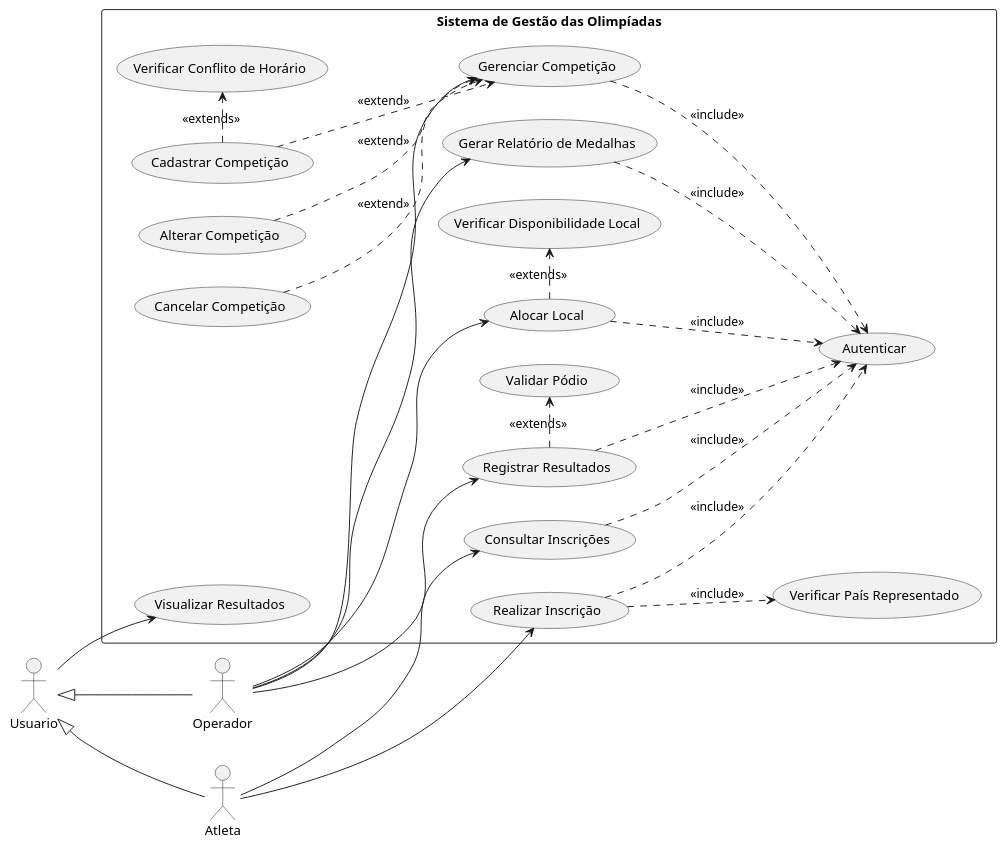
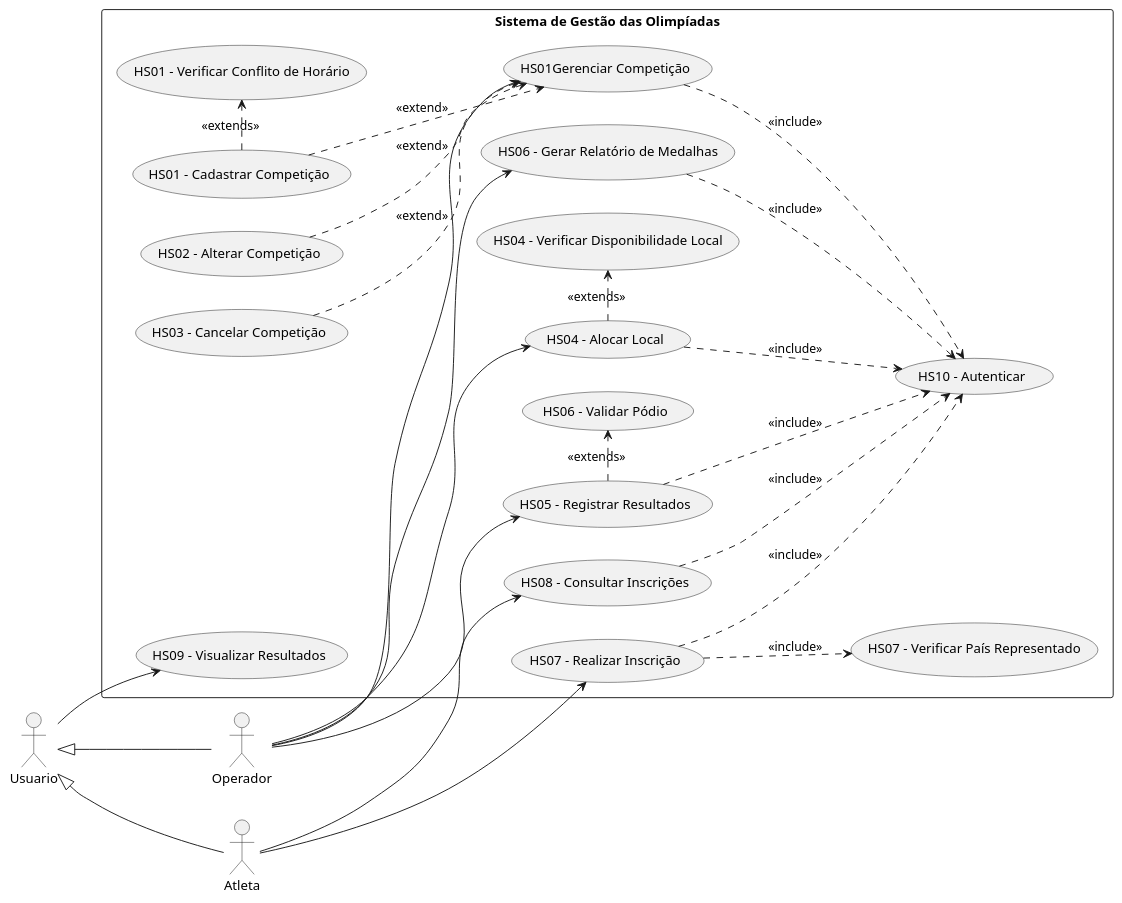
The diagram in Codigo/diagrama-de-caso-de-uso.puml (karenjoilly11/Gestao-De-Olimpiadas-Projeto-De-Software), drawn with PlantUML before and after one commit.

```diff
--- a/Codigo/diagrama-de-caso-de-uso.puml
+++ b/Codigo/diagrama-de-caso-de-uso.puml
@@ -1,61 +1,61 @@
 @startuml
 left to right direction
 skinparam packageStyle rectangle
 
 actor "Operador" as Op
 actor "Atleta" as At
 actor "Usuario" as User
 
 ' Herança entre atores
 User <|-- Op
 User <|-- At
 
 rectangle "Sistema de Gestão das Olimpíadas" {
   
-  usecase "Autenticar" as AUTH
+  usecase "HS10 - Autenticar" as AUTH
   
-  usecase "Gerenciar Competição" as GC
-  usecase "Cadastrar Competição" as C
-  usecase "Alterar Competição" as A
-  usecase "Cancelar Competição" as Can
+  usecase "HS01Gerenciar Competição" as GC
+  usecase "HS01 - Cadastrar Competição" as C
+  usecase "HS02 - Alterar Competição" as A
+  usecase "HS03 - Cancelar Competição" as Can
   
-  usecase "Alocar Local" as AL
-  usecase "Registrar Resultados" as RR
-  usecase "Gerar Relatório de Medalhas" as GRM
+  usecase "HS04 - Alocar Local" as AL
+  usecase "HS05 - Registrar Resultados" as RR
+  usecase "HS06 - Gerar Relatório de Medalhas" as GRM
   
-  usecase "Realizar Inscrição" as RI
-  usecase "Consultar Inscrições" as CI
-  usecase "Visualizar Resultados" as VR
+  usecase "HS07 - Realizar Inscrição" as RI
+  usecase "HS08 - Consultar Inscrições" as CI
+  usecase "HS09 - Visualizar Resultados" as VR
   
   ' Relações
   Op --> GC
   Op --> AL
   Op --> RR
   Op --> GRM
   
   At --> RI
   At --> CI
   
   User --> VR
   
   ' Extends de Gerenciar Competicao (CRUD)
   C ..> GC : <<extend>>
   A ..> GC : <<extend>>
   Can ..> GC : <<extend>>
   
   ' Include de autenticação
   GC ..> AUTH : <<include>>
   AL ..> AUTH : <<include>>
   RR ..> AUTH : <<include>>
   GRM ..> AUTH : <<include>>
   RI ..> AUTH : <<include>>
   CI ..> AUTH : <<include>>
   
   ' Extends para regras
-  C .> (Verificar Conflito de Horário) : <<extends>>
-  AL .> (Verificar Disponibilidade Local) : <<extends>>
-  RR .> (Validar Pódio) : <<extends>>
-  RI ..> (Verificar País Representado) : <<include>>
+  C .> (HS01 - Verificar Conflito de Horário) : <<extends>>
+  AL .> (HS04 - Verificar Disponibilidade Local) : <<extends>>
+  RR .> (HS06 - Validar Pódio) : <<extends>>
+  RI ..> (HS07 - Verificar País Representado) : <<include>>
 }
 
 @enduml
```
